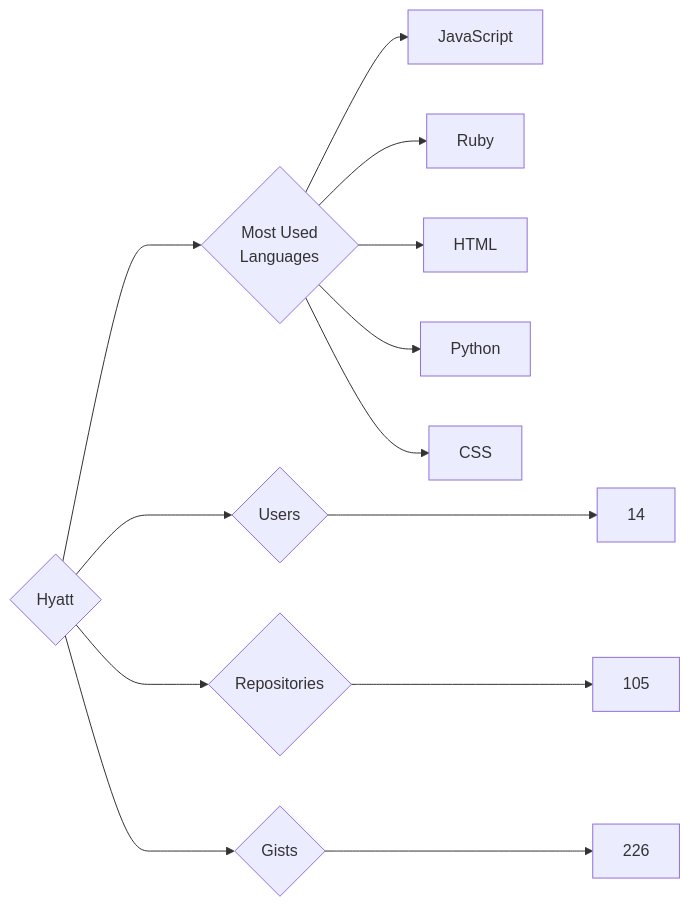
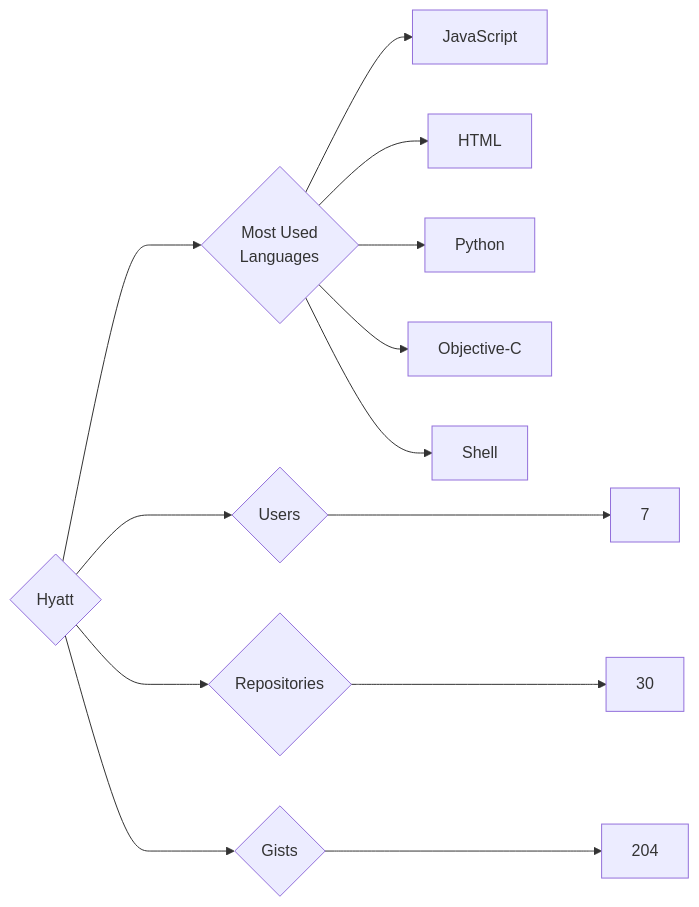
The diagram in targets/Hyatt/README.md (trickest/insiders), drawn with Mermaid before and after one commit. The commit also changed 932 other files, not shown here.

````diff
--- a/targets/Hyatt/README.md
+++ b/targets/Hyatt/README.md
@@ -3,13 +3,13 @@
 ```mermaid
 graph LR
 COMPANY_NAME{Hyatt}
-COMPANY_NAME ---> U{Users} ---> UN[14]
-COMPANY_NAME ---> R{Repositories} ---> RN[105]
-COMPANY_NAME ---> G{Gists} ---> GN[226]
+COMPANY_NAME ---> U{Users} ---> UN[7]
+COMPANY_NAME ---> R{Repositories} ---> RN[30]
+COMPANY_NAME ---> G{Gists} ---> GN[204]
 COMPANY_NAME ---> ML{Most Used<br>Languages}
 ML --> JavaScript[JavaScript]
-ML --> Ruby[Ruby]
 ML --> HTML[HTML]
 ML --> Python[Python]
-ML --> CSS[CSS]
+ML --> Objective-C[Objective-C]
+ML --> Shell[Shell]
 ```
````
